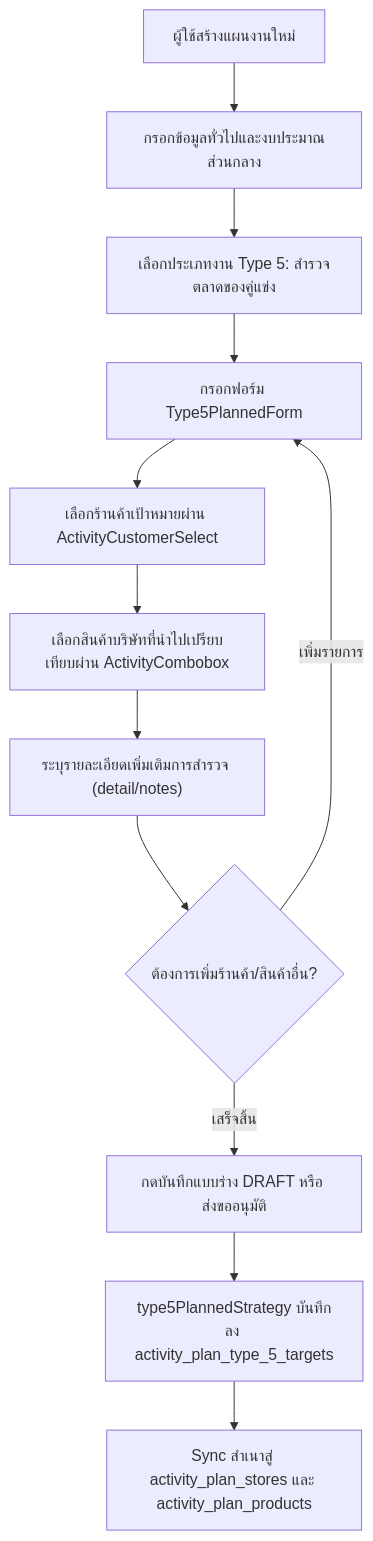
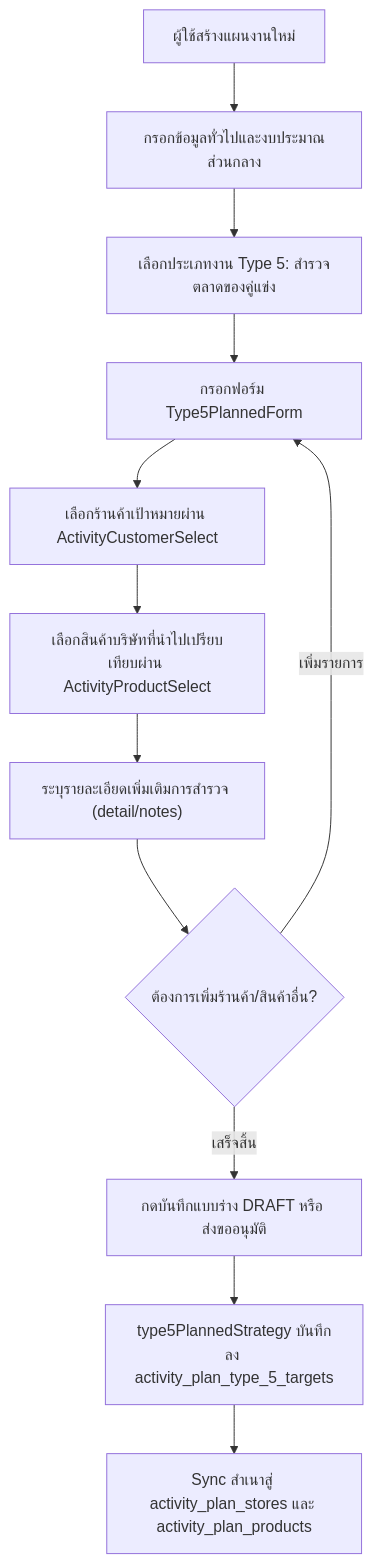
Before and after one commit to bankhk10/crm-bank: the first of 3 diagrams in modules/activity/features/type-5/README.md, drawn with Mermaid. The commit also changed other lines of this file and 1 other file, not shown here.

````diff
--- a/modules/activity/features/type-5/README.md
+++ b/modules/activity/features/type-5/README.md
@@ -54,14 +54,14 @@
 ```mermaid
 graph TD
     A["ผู้ใช้สร้างแผนงานใหม่"] --> B["กรอกข้อมูลทั่วไปและงบประมาณส่วนกลาง"]
     B --> C["เลือกประเภทงาน Type 5: สำรวจตลาดของคู่แข่ง"]
     C --> D["กรอกฟอร์ม Type5PlannedForm"]
     D --> E["เลือกร้านค้าเป้าหมายผ่าน ActivityCustomerSelect"]
-    E --> F["เลือกสินค้าบริษัทที่นำไปเปรียบเทียบผ่าน ActivityCombobox"]
+    E --> F["เลือกสินค้าบริษัทที่นำไปเปรียบเทียบผ่าน ActivityProductSelect"]
     F --> G["ระบุรายละเอียดเพิ่มเติมการสำรวจ (detail/notes)"]
     G --> H{"ต้องการเพิ่มร้านค้า/สินค้าอื่น?"}
     H -->|"เพิ่มรายการ"| D
     H -->|"เสร็จสิ้น"| I["กดบันทึกแบบร่าง DRAFT หรือ ส่งขออนุมัติ"]
     I --> J["type5PlannedStrategy บันทึกลง activity_plan_type_5_targets"]
     J --> K["Sync สำเนาสู่ activity_plan_stores และ activity_plan_products"]
 ```
````
